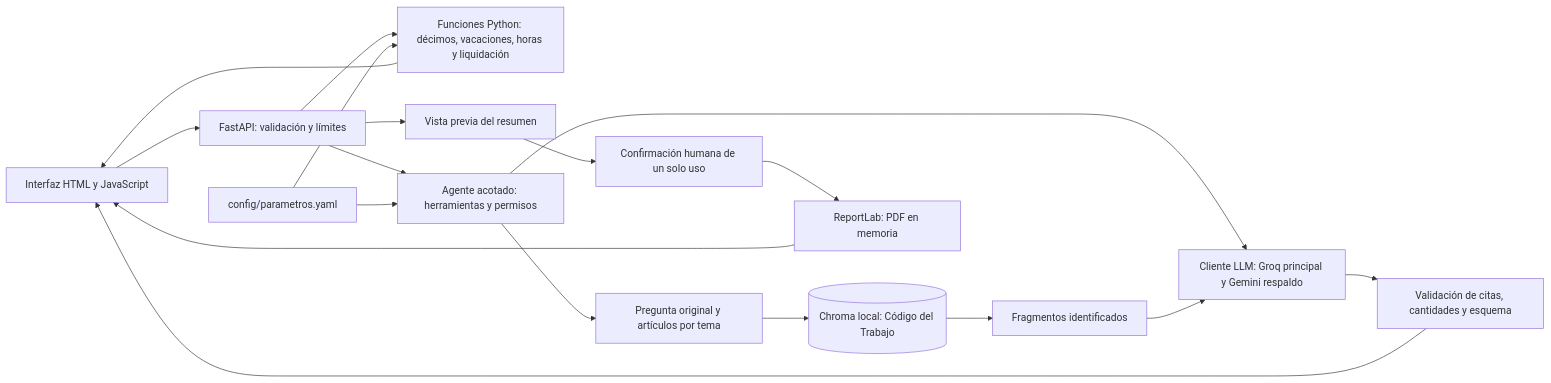
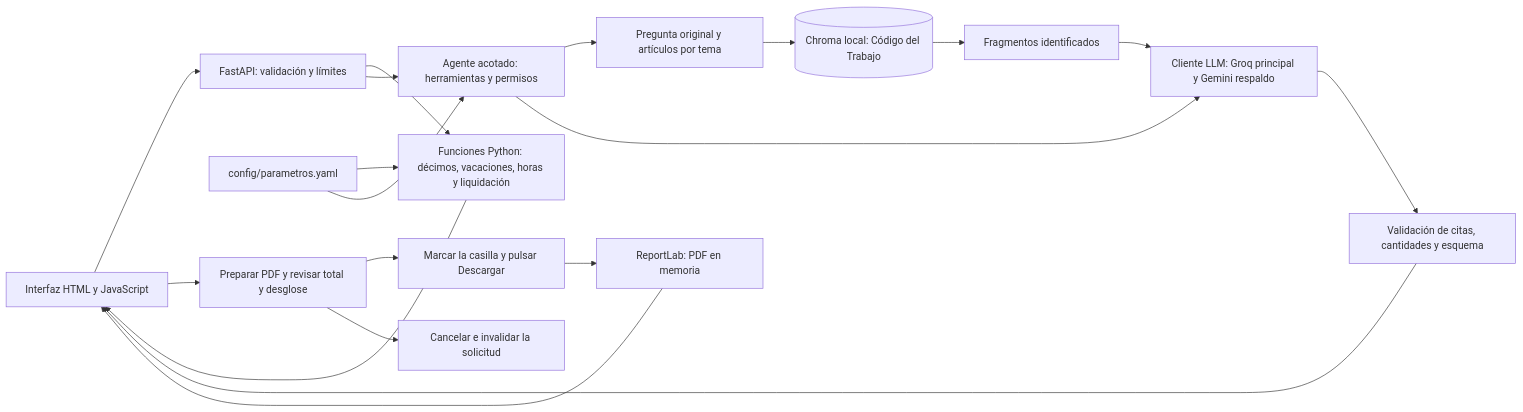
One commit to AlexGuerreroR/calculadora-laboral-ec changed the first of 4 diagrams in docs/03-arquitectura.md. Above: the diagram before and after it, drawn with Mermaid. The commit also changed other lines of this file and 27 other files, not shown here.

````diff
--- a/docs/03-arquitectura.md
+++ b/docs/03-arquitectura.md
@@ -18,20 +24,21 @@
 ```mermaid
 flowchart LR
     UI[Interfaz HTML y JavaScript] --> API[FastAPI: validación y límites]
     API --> CALC[Funciones Python: décimos, vacaciones, horas y liquidación]
     API --> AG[Agente acotado: herramientas y permisos]
     CFG[config/parametros.yaml] --> CALC
     CFG --> AG
     AG --> RET[Pregunta original y artículos por tema]
     RET --> DB[(Chroma local: Código del Trabajo)]
     AG --> LLM[Cliente LLM: Groq principal y Gemini respaldo]
     DB --> CTX[Fragmentos identificados]
     CTX --> LLM
     LLM --> VAL[Validación de citas, cantidades y esquema]
     VAL --> UI
     CALC --> UI
-    API --> PRE[Vista previa del resumen]
-    PRE --> HUM[Confirmación humana de un solo uso]
+    UI --> PRE[Preparar PDF y revisar total y desglose]
+    PRE --> HUM[Marcar la casilla y pulsar Descargar]
+    PRE --> CAN[Cancelar e invalidar la solicitud]
     HUM --> PDF[ReportLab: PDF en memoria]
     PDF --> UI
 ```
````
